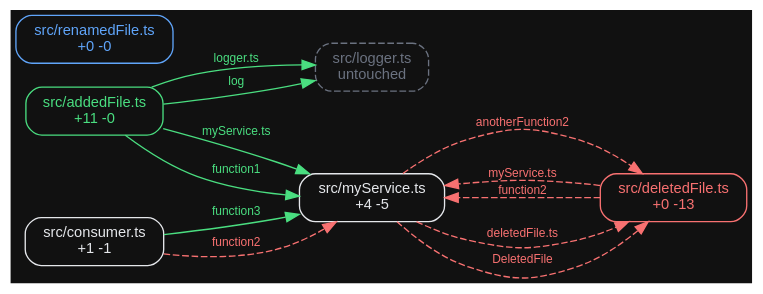
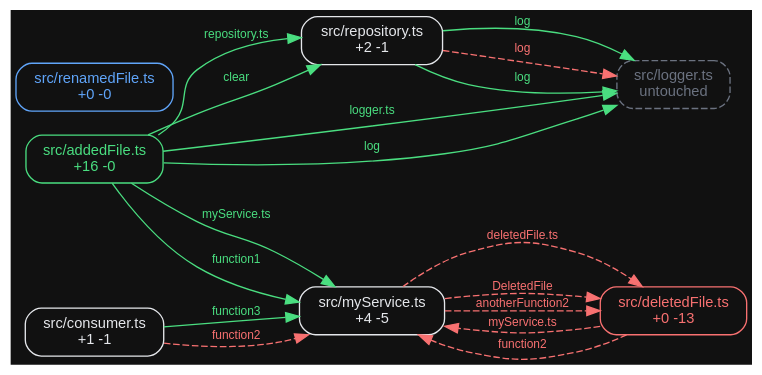
Before and after one commit to PowerEngine98/odin-pr-review: the diagram in docs/examples/graph.dot, drawn with Graphviz. The commit also changed 18 other files, not shown here.

```diff
--- a/docs/examples/graph.dot
+++ b/docs/examples/graph.dot
@@ -1,25 +1,31 @@
 digraph odin {
   bgcolor="#111111";
   rankdir=LR;
   node [shape=box style=rounded fontname="Helvetica" fontsize=11];
   edge [fontname="Helvetica" fontsize=9];
 
-  "n:9518c3291d8e" [label="src/addedFile.ts\n+11 -0" color="#4ade80" fontcolor="#4ade80" style="rounded"];
+  "n:9518c3291d8e" [label="src/addedFile.ts\n+16 -0" color="#4ade80" fontcolor="#4ade80" style="rounded"];
   "n:a5d65acaa45a" [label="src/consumer.ts\n+1 -1" color="#e5e7eb" fontcolor="#e5e7eb" style="rounded"];
   "n:b2a4cf4d702e" [label="src/deletedFile.ts\n+0 -13" color="#f87171" fontcolor="#f87171" style="rounded"];
   "n:7ca9a636a596" [label="src/logger.ts\nuntouched" color="#6b7280" fontcolor="#6b7280" style="rounded,dashed"];
   "n:5353548f9372" [label="src/myService.ts\n+4 -5" color="#e5e7eb" fontcolor="#e5e7eb" style="rounded"];
   "n:d26c6859c04e" [label="src/renamedFile.ts\n+0 -0" color="#60a5fa" fontcolor="#60a5fa" style="rounded"];
+  "n:c14920f42f50" [label="src/repository.ts\n+2 -1" color="#e5e7eb" fontcolor="#e5e7eb" style="rounded"];
 
   "n:5353548f9372" -> "n:b2a4cf4d702e" [label="deletedFile.ts" color="#f87171" fontcolor="#f87171" style="dashed"];
   "n:5353548f9372" -> "n:b2a4cf4d702e" [label="DeletedFile" color="#f87171" fontcolor="#f87171" style="dashed"];
   "n:5353548f9372" -> "n:b2a4cf4d702e" [label="anotherFunction2" color="#f87171" fontcolor="#f87171" style="dashed"];
   "n:9518c3291d8e" -> "n:7ca9a636a596" [label="logger.ts" color="#4ade80" fontcolor="#4ade80" style="solid"];
   "n:9518c3291d8e" -> "n:5353548f9372" [label="myService.ts" color="#4ade80" fontcolor="#4ade80" style="solid"];
+  "n:9518c3291d8e" -> "n:c14920f42f50" [label="repository.ts" color="#4ade80" fontcolor="#4ade80" style="solid"];
   "n:9518c3291d8e" -> "n:7ca9a636a596" [label="log" color="#4ade80" fontcolor="#4ade80" style="solid"];
   "n:9518c3291d8e" -> "n:5353548f9372" [label="function1" color="#4ade80" fontcolor="#4ade80" style="solid"];
+  "n:9518c3291d8e" -> "n:c14920f42f50" [label="clear" color="#4ade80" fontcolor="#4ade80" style="solid"];
   "n:a5d65acaa45a" -> "n:5353548f9372" [label="function3" color="#4ade80" fontcolor="#4ade80" style="solid"];
   "n:a5d65acaa45a" -> "n:5353548f9372" [label="function2" color="#f87171" fontcolor="#f87171" style="dashed"];
   "n:b2a4cf4d702e" -> "n:5353548f9372" [label="myService.ts" color="#f87171" fontcolor="#f87171" style="dashed"];
   "n:b2a4cf4d702e" -> "n:5353548f9372" [label="function2" color="#f87171" fontcolor="#f87171" style="dashed"];
+  "n:c14920f42f50" -> "n:7ca9a636a596" [label="log" color="#f87171" fontcolor="#f87171" style="dashed"];
+  "n:c14920f42f50" -> "n:7ca9a636a596" [label="log" color="#4ade80" fontcolor="#4ade80" style="solid"];
+  "n:c14920f42f50" -> "n:7ca9a636a596" [label="log" color="#4ade80" fontcolor="#4ade80" style="solid"];
 }
```
